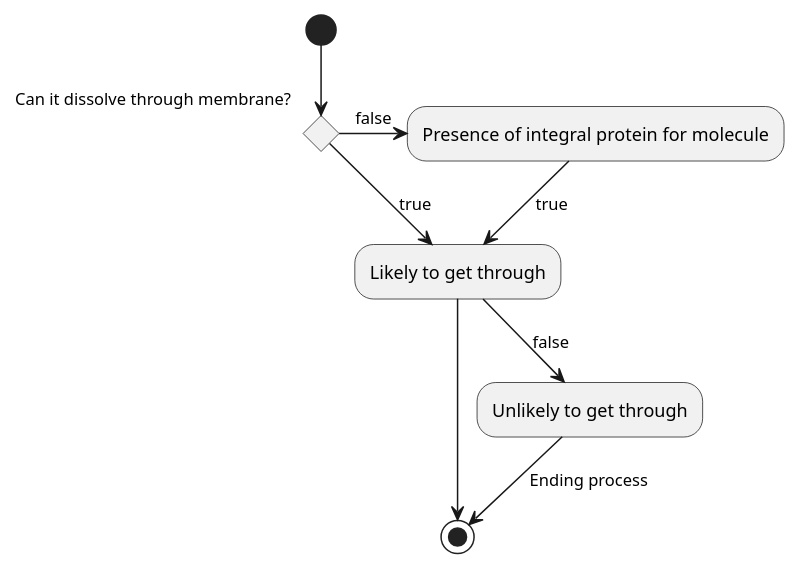
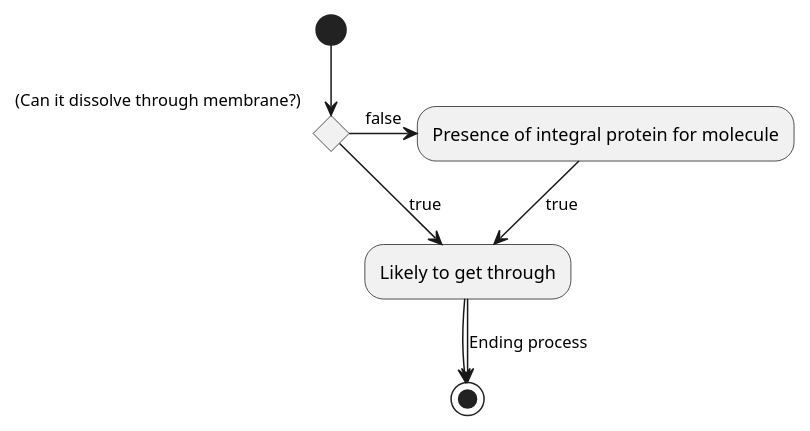
The diagram in Biology/Cell-Biology/Cell-Membrane.md (ashwinreddy/wiki), drawn with PlantUML before and after one commit.

Commit message:
Updated Cell%20Membrane (markdown)

```diff
--- a/Biology/Cell-Biology/Cell-Membrane.md
+++ b/Biology/Cell-Biology/Cell-Membrane.md
@@ -40,11 +40,10 @@
 @startuml
-(*) --> if "Can it dissolve through membrane?" then
+(*) --> if (Can it dissolve through membrane?) then
   -->[true] "Likely to get through"
   -right-> (*)
 else
   ->[false] "Presence of integral protein for molecule"
   -->[true] "Likely to get through"
-  -->[false] "Unlikely to get through"
   -->[Ending process] (*)
 endif
 @enduml
```
